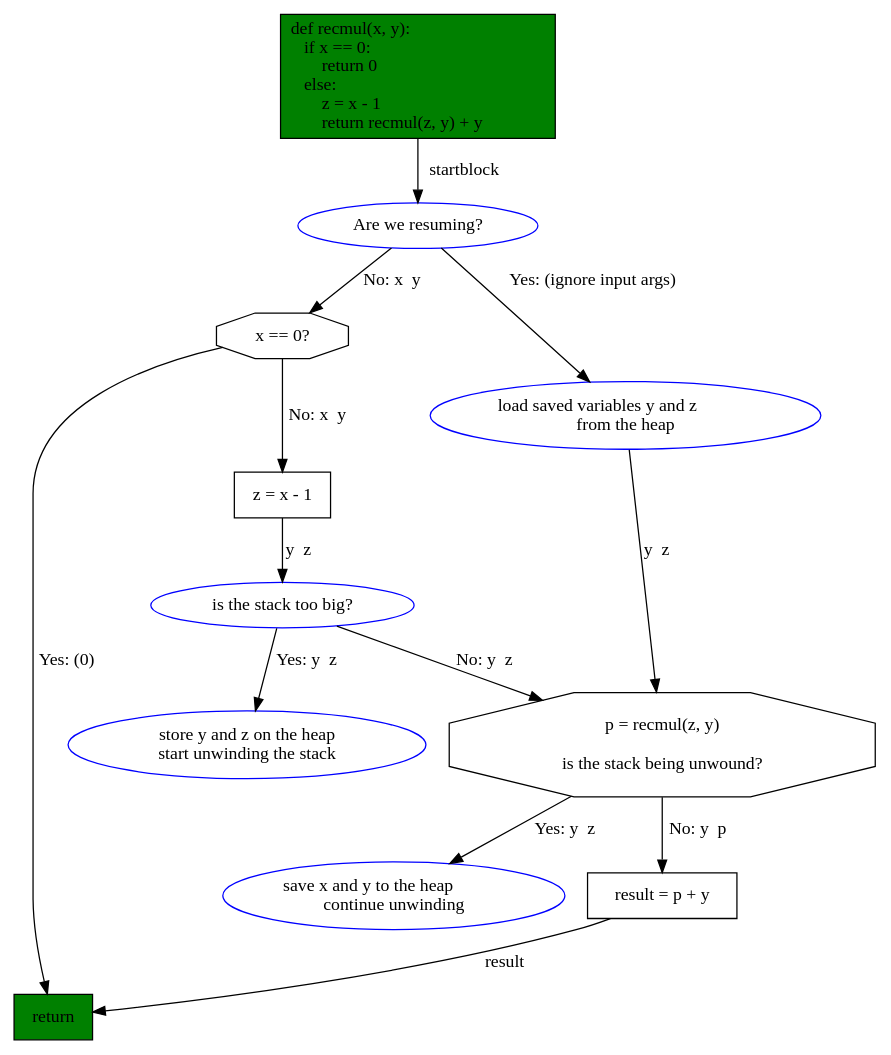
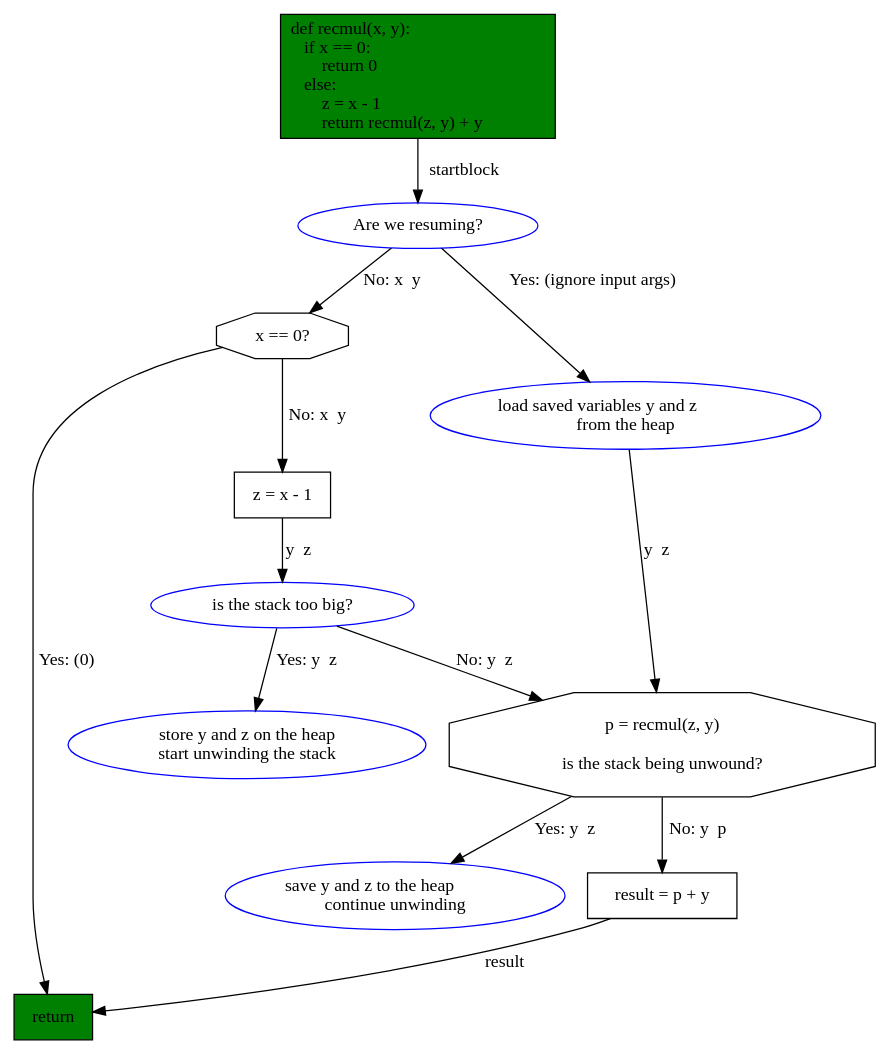
Before and after one commit to pypy/pypy: the diagram in pypy/doc/image/stackless_informal.dot, drawn with Graphviz.

```diff
--- a/pypy/doc/image/stackless_informal.dot
+++ b/pypy/doc/image/stackless_informal.dot
@@ -1,28 +1,28 @@
 digraph mul_graph {
     node [shape="octagon", color="black", fillcolor="white", style="filled"];
     subgraph mul {
         mul [shape="box", label="def recmul(x, y):\l    if x == 0:\l        return 0\l    else:\l        z = x - 1\l        return recmul(z, y) + y\l", fillcolor="green"];
         mul_r [shape="ellipse", label="Are we resuming?", color="blue"];
         mul_0 [label="x == 0?"];
         mul_1 [shape="box", label="z = x - 1"];
         mul_chk [shape="ellipse", label="is the stack too big?", color="blue"]
         mul_2 [shape="box", label="return", fillcolor="green"];
         mul_3 [label="p = recmul(z, y)\n\nis the stack being unwound?"];
         mul_4 [shape="ellipse", label="store y and z on the heap\nstart unwinding the stack", color="blue"];
         mul_5 [shape="box", label="result = p + y"];
         mul_r3 [shape="ellipse", label="load saved variables y and z\lfrom the heap", color="blue"];
-        mul_s3 [shape="ellipse", label="save x and y to the heap\lcontinue unwinding", color="blue"];
+        mul_s3 [shape="ellipse", label="save y and z to the heap\lcontinue unwinding", color="blue"];
         mul -> mul_r [label="startblock"];
         mul_r -> mul_0 [label="No: x  y"];
         mul_r -> mul_r3 [label="Yes: (ignore input args)"];
         mul_r3 -> mul_3 [label="y  z"];
         mul_0 -> mul_1 [label="No: x  y"];
         mul_1 -> mul_chk [label="y  z"];
         mul_0 -> mul_2 [label="Yes: (0)"];
         mul_chk -> mul_3 [label="No: y  z"];
         mul_chk -> mul_4 [label="Yes: y  z"];
         mul_3 -> mul_5 [label="No: y  p"];
         mul_3 -> mul_s3 [label="Yes: y  z"];
         mul_5 -> mul_2 [label="result"];
     }
 }
```
